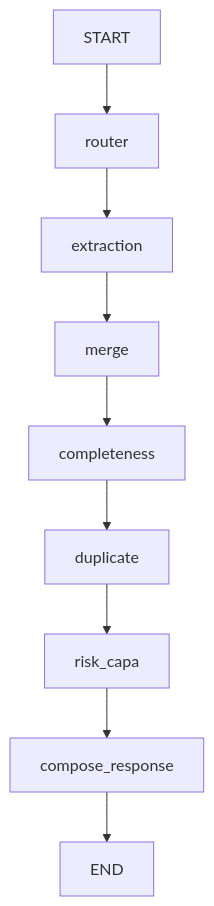
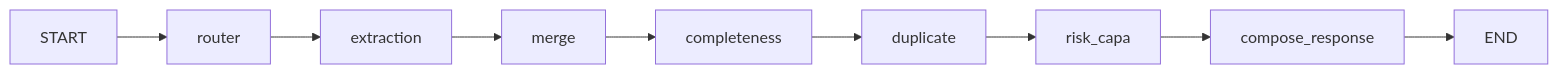
The diagram in README.md (dev-rajankit/AIVOA), drawn with Mermaid before and after one commit. The commit also changed other lines of this file, not shown here.

````diff
--- a/README.md
+++ b/README.md
@@ -278,11 +211,11 @@
 ```mermaid
-flowchart TD
+flowchart LR
     START --> router
     router --> extraction
     extraction --> merge
     merge --> completeness
     completeness --> duplicate
     duplicate --> risk_capa
     risk_capa --> compose_response
     compose_response --> END
 ```
````
